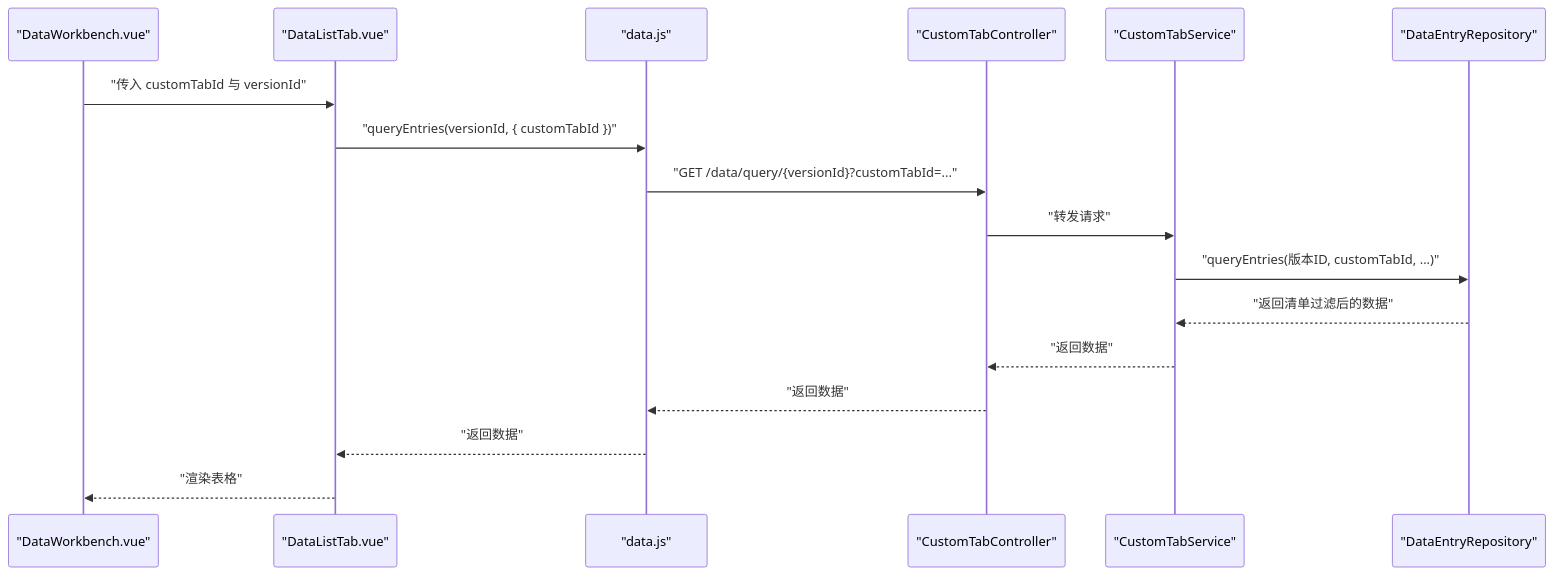
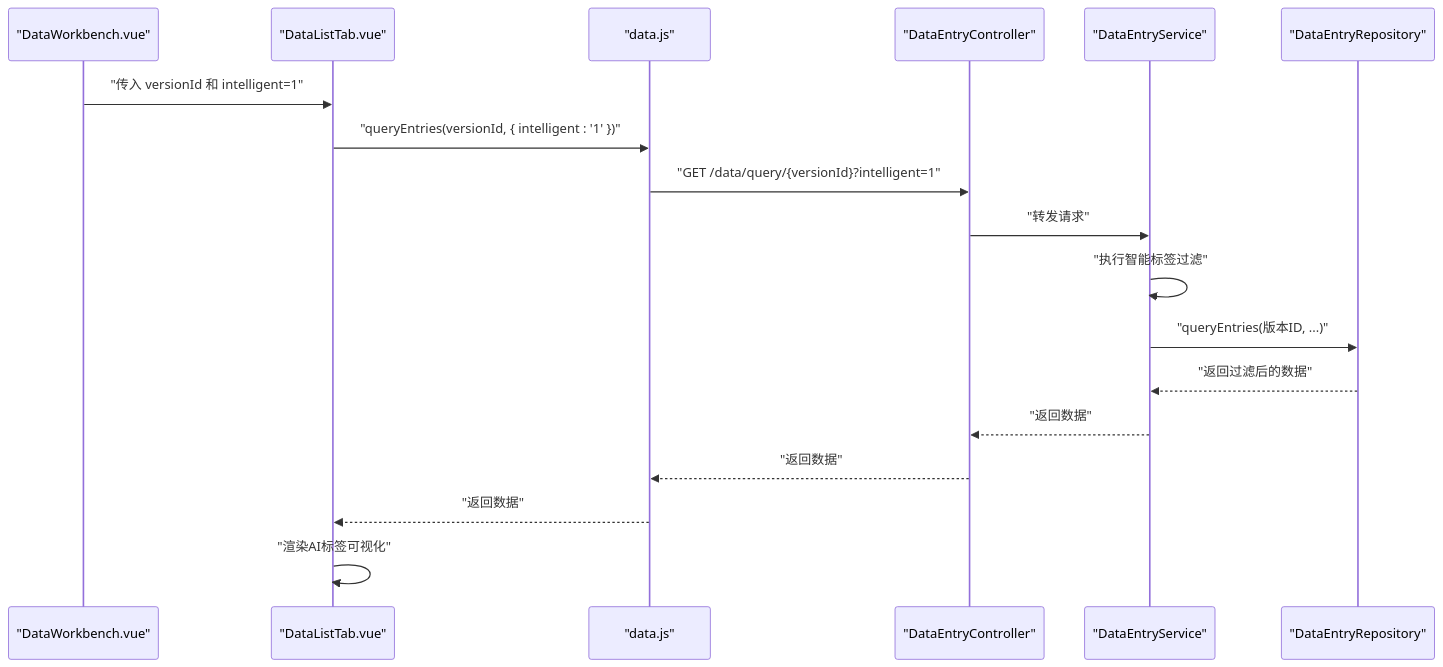
One commit to kinke0/ProductList changed the fifth of 7 diagrams in .qoder/repowiki/zh/content/功能模块详解/自定义标签系统.md. Above: the diagram before and after it, drawn with Mermaid. The commit also changed other lines of this file and 106 other files, not shown here.

Commit message:
V1.1.0: 修复清单导航树不匹配+统计视图加载遮罩+上下移提示

````diff
--- a/.qoder/repowiki/zh/content/功能模块详解/自定义标签系统.md
+++ b/.qoder/repowiki/zh/content/功能模块详解/自定义标签系统.md
@@ -240,19 +274,20 @@
 ```mermaid
 sequenceDiagram
 participant DW as "DataWorkbench.vue"
 participant DL as "DataListTab.vue"
 participant API as "data.js"
-participant CTL as "CustomTabController"
-participant SVC as "CustomTabService"
+participant CTL as "DataEntryController"
+participant SVC as "DataEntryService"
 participant REP as "DataEntryRepository"
-DW->>DL : "传入 customTabId 与 versionId"
-DL->>API : "queryEntries(versionId, { customTabId })"
-API->>CTL : "GET /data/query/{versionId}?customTabId=..."
+DW->>DL : "传入 versionId 和 intelligent=1"
+DL->>API : "queryEntries(versionId, { intelligent : '1' })"
+API->>CTL : "GET /data/query/{versionId}?intelligent=1"
 CTL->>SVC : "转发请求"
-SVC->>REP : "queryEntries(版本ID, customTabId, ...)"
-REP-->>SVC : "返回清单过滤后的数据"
+SVC->>SVC : "执行智能标签过滤"
+SVC->>REP : "queryEntries(版本ID, ...)"
+REP-->>SVC : "返回过滤后的数据"
 SVC-->>CTL : "返回数据"
 CTL-->>API : "返回数据"
 API-->>DL : "返回数据"
-DL-->>DW : "渲染表格"
+DL->>DL : "渲染AI标签可视化"
 ```
````
